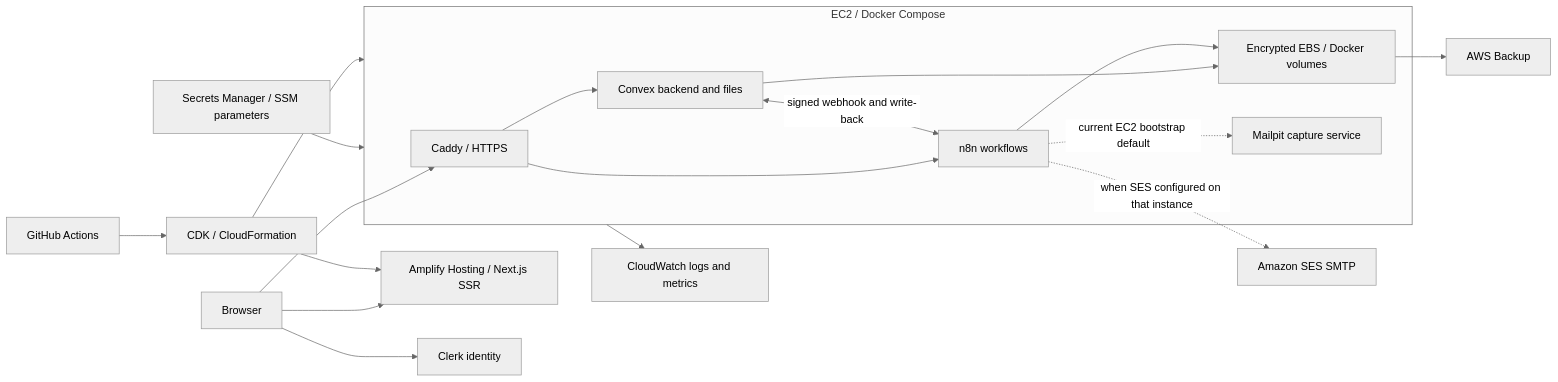
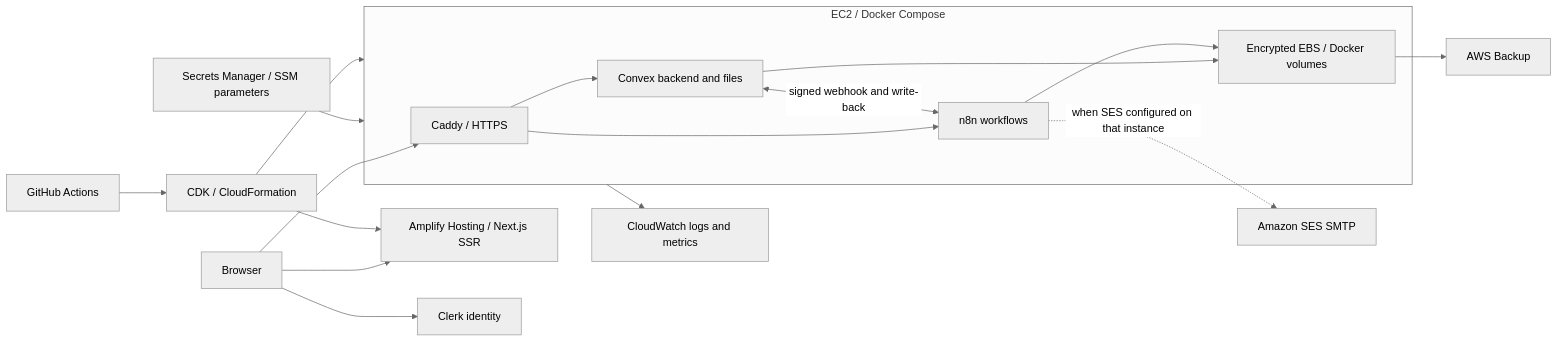
One commit to ayenisholah/fluencetraining changed the diagram in docs/operations/aws-deployment.md. Above: the diagram before and after it, drawn with Mermaid (neutral theme). The commit also changed other lines of this file and 19 other files, not shown here.

````diff
--- a/docs/operations/aws-deployment.md
+++ b/docs/operations/aws-deployment.md
@@ -22,22 +22,20 @@
 ```mermaid
 flowchart LR
   User[Browser] --> Web[Amplify Hosting / Next.js SSR]
   User --> Clerk[Clerk identity]
   User --> Caddy[Caddy / HTTPS]
   subgraph Host[EC2 / Docker Compose]
     Caddy --> Convex[Convex backend and files]
     Caddy --> N8n[n8n workflows]
     Convex <-->|signed webhook and write-back| N8n
     Convex --> Disk[Encrypted EBS / Docker volumes]
     N8n --> Disk
-    Mailpit[Mailpit capture service]
   end
   N8n -.->|when SES configured on that instance| SES[Amazon SES SMTP]
-  N8n -.->|current EC2 bootstrap default| Mailpit
   Host --> Logs[CloudWatch logs and metrics]
   Disk --> Backup[AWS Backup]
   Secrets[Secrets Manager / SSM parameters] --> Host
   GitHub[GitHub Actions] --> CF[CDK / CloudFormation]
   CF --> Web
   CF --> Host
 ```
````
